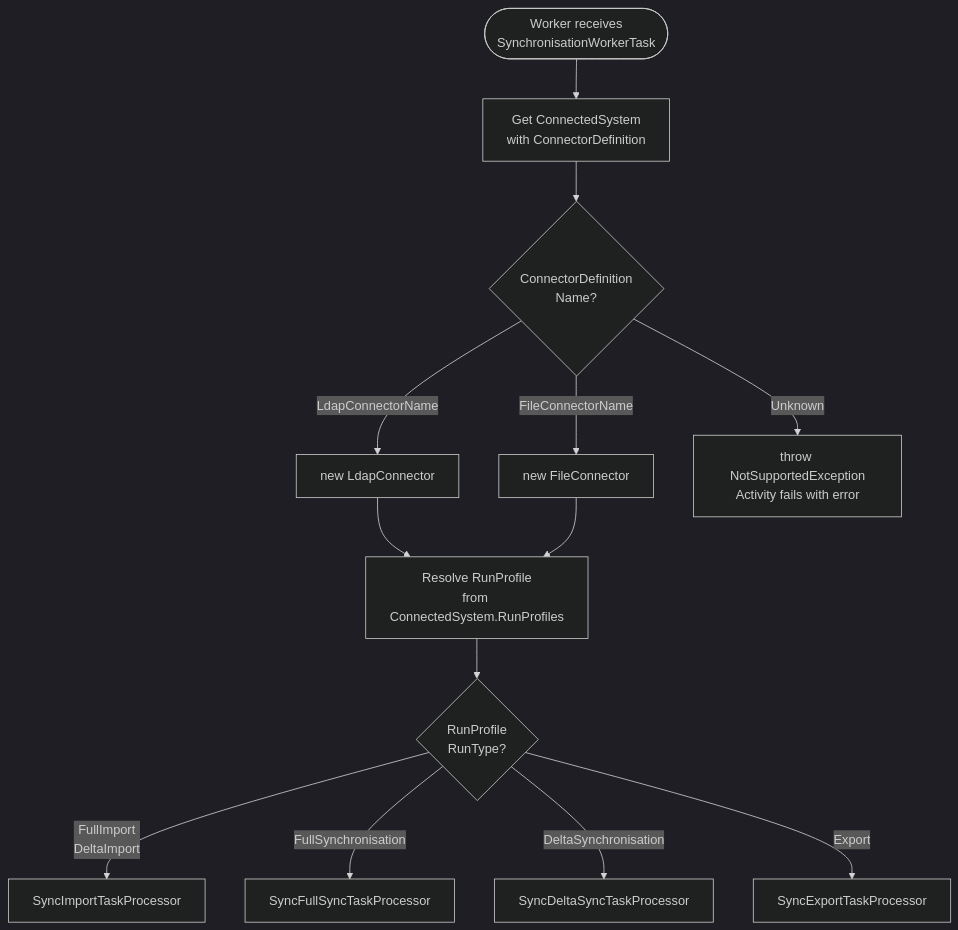
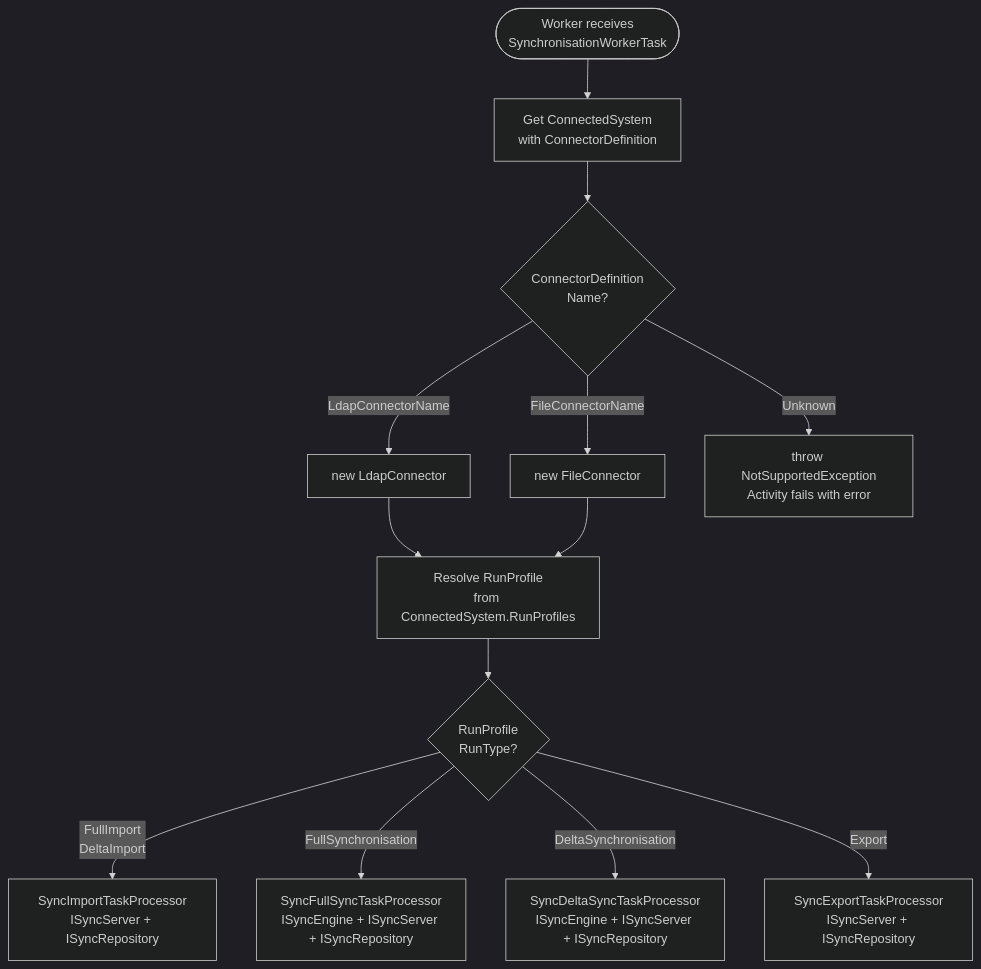
Before and after one commit to TetronIO/JIM: the second of 5 diagrams in docs/diagrams/mermaid/CONNECTOR_LIFECYCLE.md, drawn with Mermaid (dark theme). The commit also changed other lines of this file and 40 other files, not shown here.

First line of the commit message:
docs: update C4 and Mermaid diagrams for v0.7.1 architecture

````diff
--- a/docs/diagrams/mermaid/CONNECTOR_LIFECYCLE.md
+++ b/docs/diagrams/mermaid/CONNECTOR_LIFECYCLE.md
@@ -29,18 +29,18 @@
 ```mermaid
 flowchart TD
     TaskStart([Worker receives<br/>SynchronisationWorkerTask]) --> GetCS[Get ConnectedSystem<br/>with ConnectorDefinition]
     GetCS --> MatchName{ConnectorDefinition<br/>Name?}
 
     MatchName -->|LdapConnectorName| CreateLdap[new LdapConnector]
     MatchName -->|FileConnectorName| CreateFile[new FileConnector]
     MatchName -->|Unknown| ThrowError[throw NotSupportedException<br/>Activity fails with error]
 
     CreateLdap --> GetRunProfile[Resolve RunProfile<br/>from ConnectedSystem.RunProfiles]
     CreateFile --> GetRunProfile
 
     GetRunProfile --> RouteByType{RunProfile<br/>RunType?}
-    RouteByType -->|FullImport<br/>DeltaImport| ImportProcessor[SyncImportTaskProcessor]
-    RouteByType -->|FullSynchronisation| FullSyncProcessor[SyncFullSyncTaskProcessor]
-    RouteByType -->|DeltaSynchronisation| DeltaSyncProcessor[SyncDeltaSyncTaskProcessor]
-    RouteByType -->|Export| ExportProcessor[SyncExportTaskProcessor]
+    RouteByType -->|FullImport<br/>DeltaImport| ImportProcessor[SyncImportTaskProcessor<br/>ISyncServer + ISyncRepository]
+    RouteByType -->|FullSynchronisation| FullSyncProcessor[SyncFullSyncTaskProcessor<br/>ISyncEngine + ISyncServer + ISyncRepository]
+    RouteByType -->|DeltaSynchronisation| DeltaSyncProcessor[SyncDeltaSyncTaskProcessor<br/>ISyncEngine + ISyncServer + ISyncRepository]
+    RouteByType -->|Export| ExportProcessor[SyncExportTaskProcessor<br/>ISyncServer + ISyncRepository]
 ```
````
